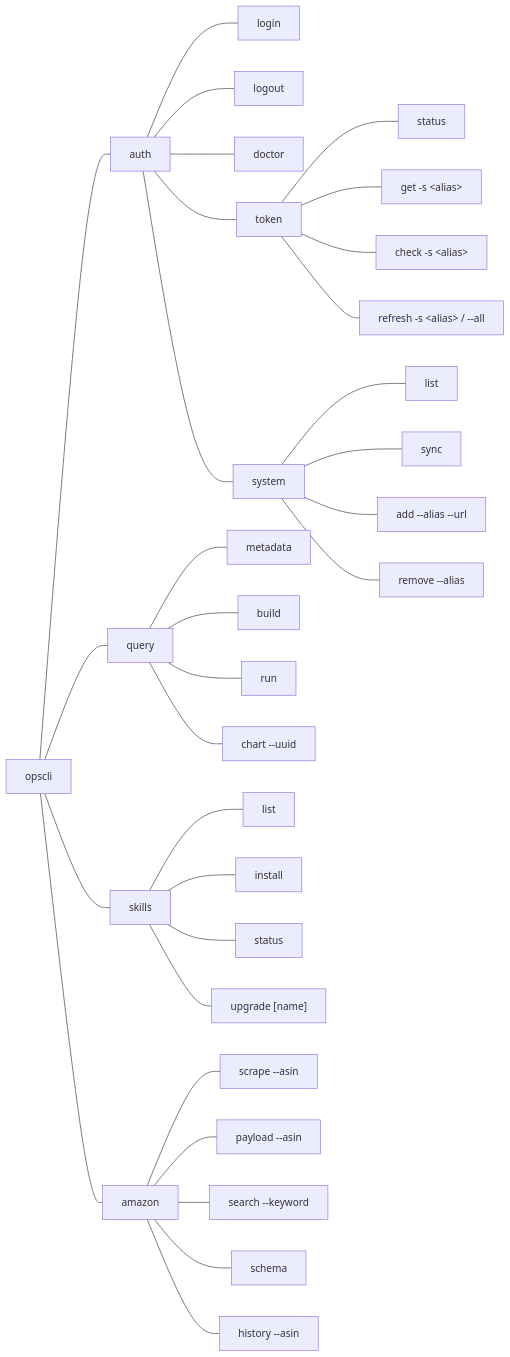
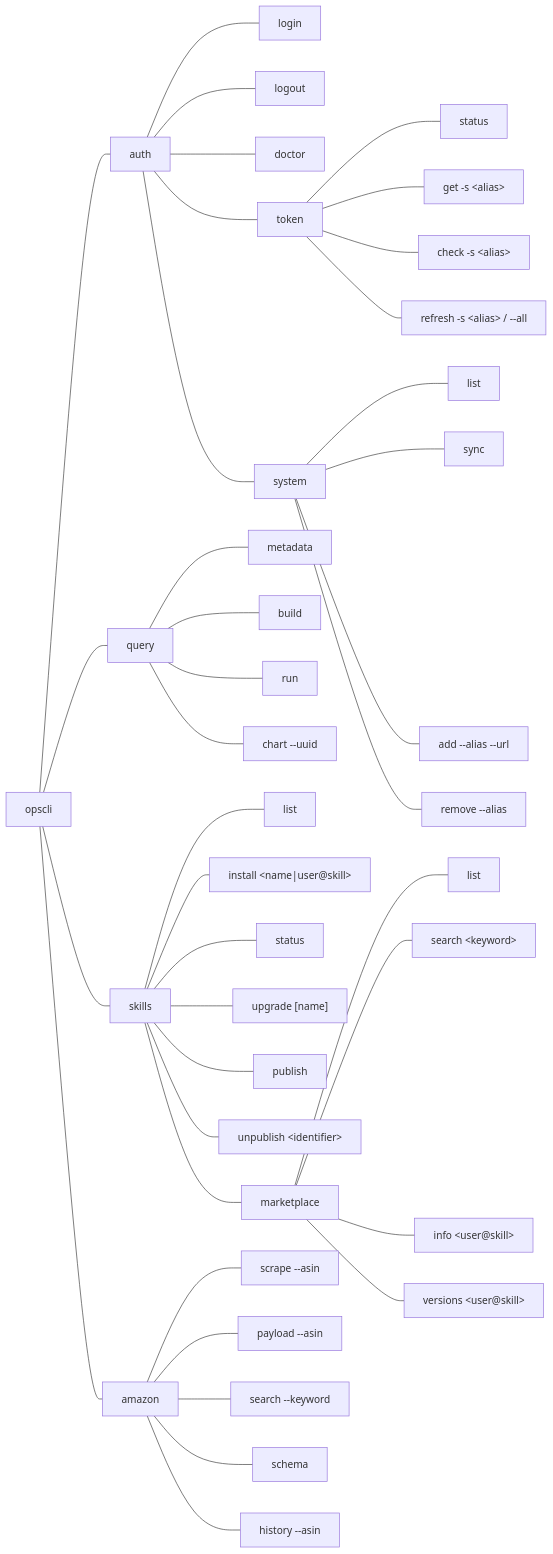
One commit to pengjianchao250/open-opscli changed the fifth of 7 diagrams in README.md. Above: the diagram before and after it, drawn with Mermaid. The commit also changed other lines of this file and 15 other files, not shown here.

````diff
--- a/README.md
+++ b/README.md
@@ -272,40 +273,47 @@
 ```mermaid
 graph LR
     Root["opscli"]
     Root --- Auth["auth"]
     Root --- Query["query"]
     Root --- Skills["skills"]
     Root --- Amazon["amazon"]
 
     Auth --- login
     Auth --- logout
     Auth --- doctor
     Auth --- Token["token"]
     Auth --- System["system"]
 
     Token --- token_status["status"]
     Token --- token_get["get -s &lt;alias&gt;"]
     Token --- token_check["check -s &lt;alias&gt;"]
     Token --- token_refresh["refresh -s &lt;alias&gt; / --all"]
 
     System --- sys_list["list"]
     System --- sys_sync["sync"]
     System --- sys_add["add --alias --url"]
     System --- sys_remove["remove --alias"]
 
     Query --- query_metadata["metadata"]
     Query --- query_build["build"]
     Query --- query_run["run"]
     Query --- query_chart["chart --uuid"]
 
     Skills --- skills_list["list"]
-    Skills --- skills_install["install <name>"]
+    Skills --- skills_install["install &lt;name|user@skill&gt;"]
     Skills --- skills_status["status"]
     Skills --- skills_upgrade["upgrade [name]"]
+    Skills --- skills_publish["publish"]
+    Skills --- skills_unpublish["unpublish &lt;identifier&gt;"]
+    Skills --- Marketplace["marketplace"]
+    Marketplace --- mp_list["list"]
+    Marketplace --- mp_search["search &lt;keyword&gt;"]
+    Marketplace --- mp_info["info &lt;user@skill&gt;"]
+    Marketplace --- mp_versions["versions &lt;user@skill&gt;"]
 
     Amazon --- amazon_scrape["scrape --asin"]
     Amazon --- amazon_payload["payload --asin"]
     Amazon --- amazon_search["search --keyword"]
     Amazon --- amazon_schema["schema"]
     Amazon --- amazon_history["history --asin"]
 ```
````
